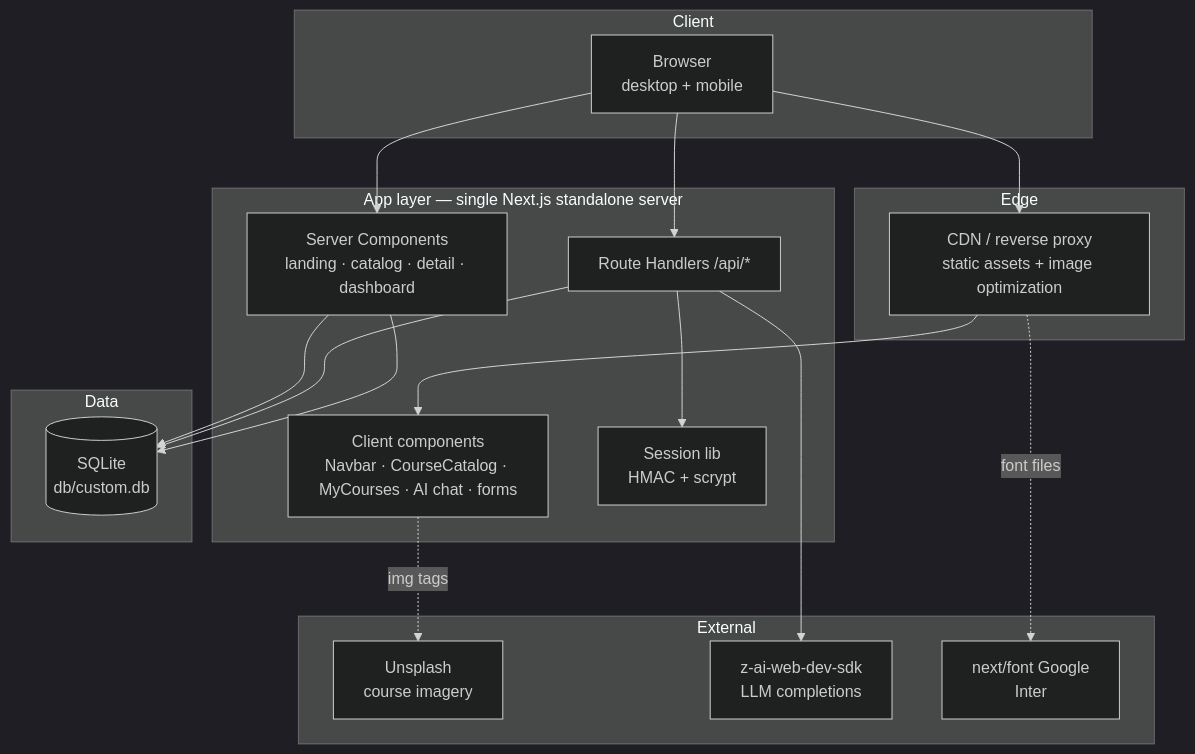
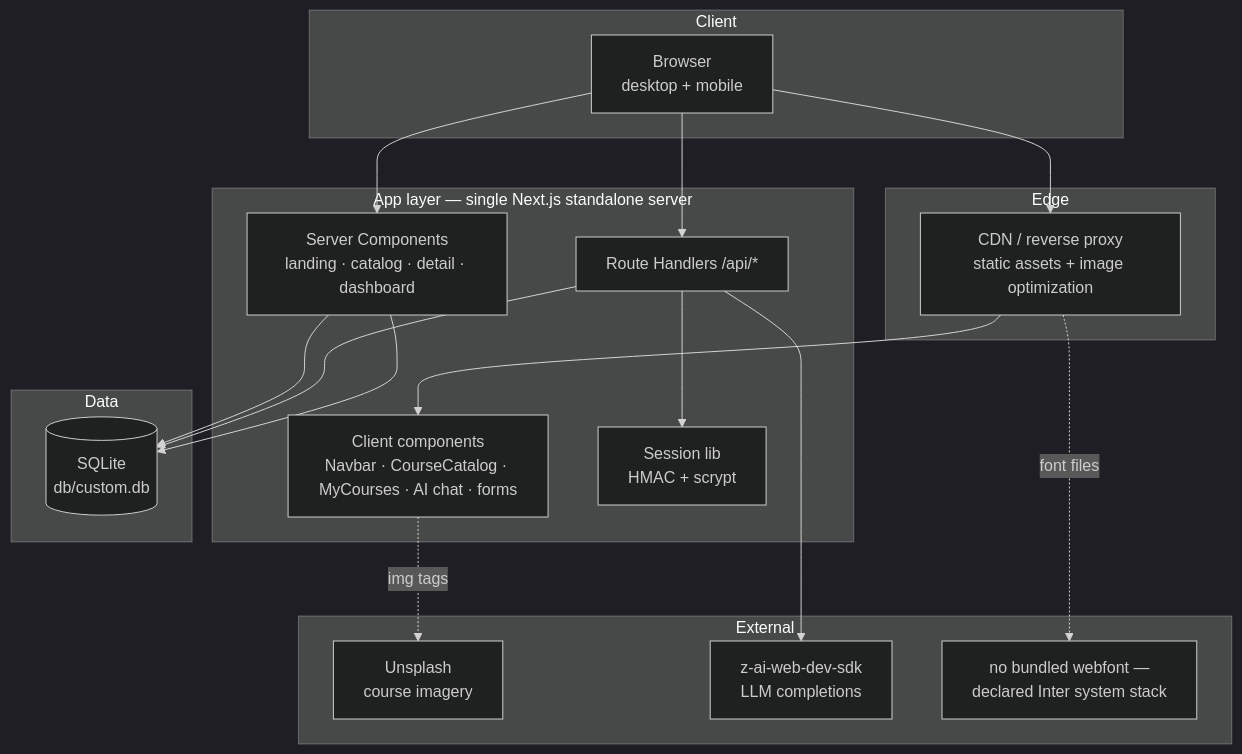
Before and after one commit to nordeim/nexuslearn-template: the first of 2 diagrams in Project_Architecture_Document.md, drawn with Mermaid (dark theme). The commit also changed other lines of this file and 26 other files, not shown here.

````diff
--- a/Project_Architecture_Document.md
+++ b/Project_Architecture_Document.md
@@ -152,31 +155,31 @@
 ```mermaid
 flowchart TB
     subgraph Client
         B[Browser<br/>desktop + mobile]
     end
     subgraph Edge
         CDN[CDN / reverse proxy<br/>static assets + image optimization]
     end
     subgraph App["App layer — single Next.js standalone server"]
         NAVC[Client components<br/>Navbar · CourseCatalog · MyCourses · AI chat · forms]
         RSC[Server Components<br/>landing · catalog · detail · dashboard]
         API[Route Handlers /api/*]
         AUTH[Session lib<br/>HMAC + scrypt]
     end
     subgraph Data
         DB[(SQLite<br/>db/custom.db)]
     end
     subgraph External
         UNS[Unsplash<br/>course imagery]
         ZAI[z-ai-web-dev-sdk<br/>LLM completions]
-        GF[next/font Google<br/>Inter]
+        GF[no bundled webfont —<br/>declared Inter system stack]
     end
     B --> CDN --> NAVC
     B --> RSC --> DB
     B --> API --> DB
     API --> AUTH
     API --> ZAI
     RSC --> DB
     NAVC -.->|img tags| UNS
     CDN -.->|font files| GF
 ```
````
